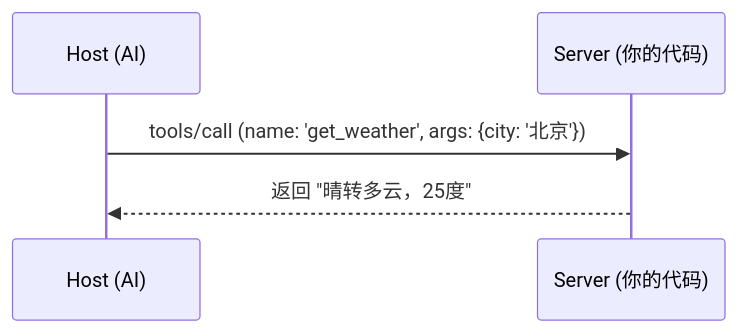
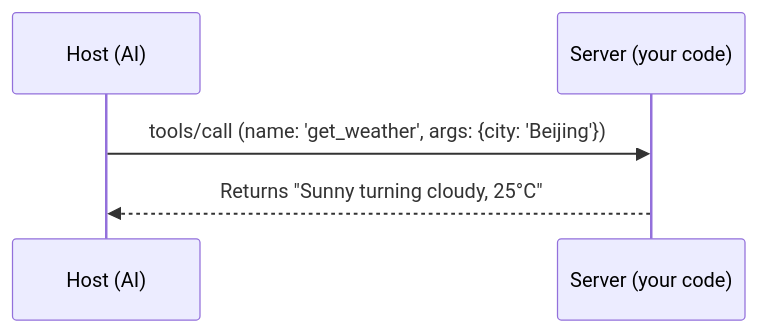
The second of 2 diagrams in ppts/mcp/slides.md (zenHeart/learn-ai), drawn with Mermaid before and after one commit. The commit also changed other lines of this file and 7 other files, not shown here.

````diff
--- a/ppts/mcp/slides.md
+++ b/ppts/mcp/slides.md
@@ -71,7 +71,7 @@
 ```mermaid
 sequenceDiagram
     participant H as Host (AI)
-    participant S as Server (你的代码)
-    H->>S: tools/call (name: 'get_weather', args: {city: '北京'})
-    S-->>H: 返回 "晴转多云，25度"
+    participant S as Server (your code)
+    H->>S: tools/call (name: 'get_weather', args: {city: 'Beijing'})
+    S-->>H: Returns "Sunny turning cloudy, 25°C"
 ```
````
